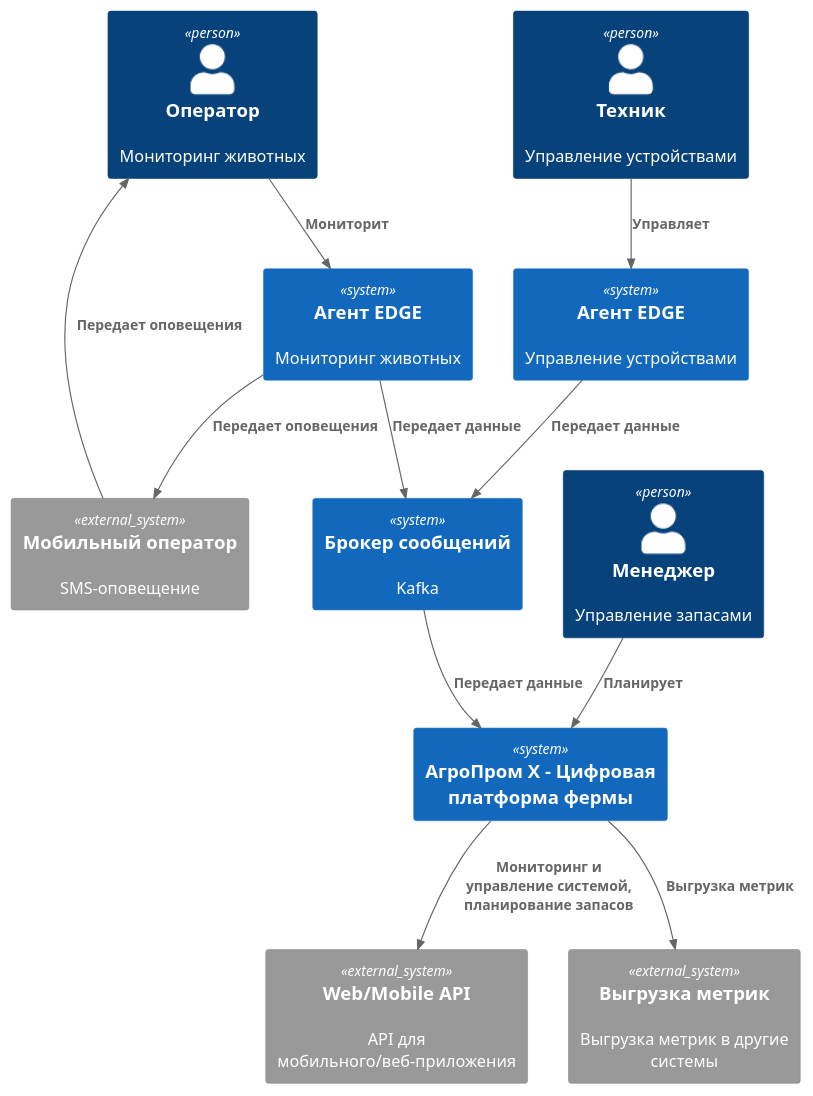
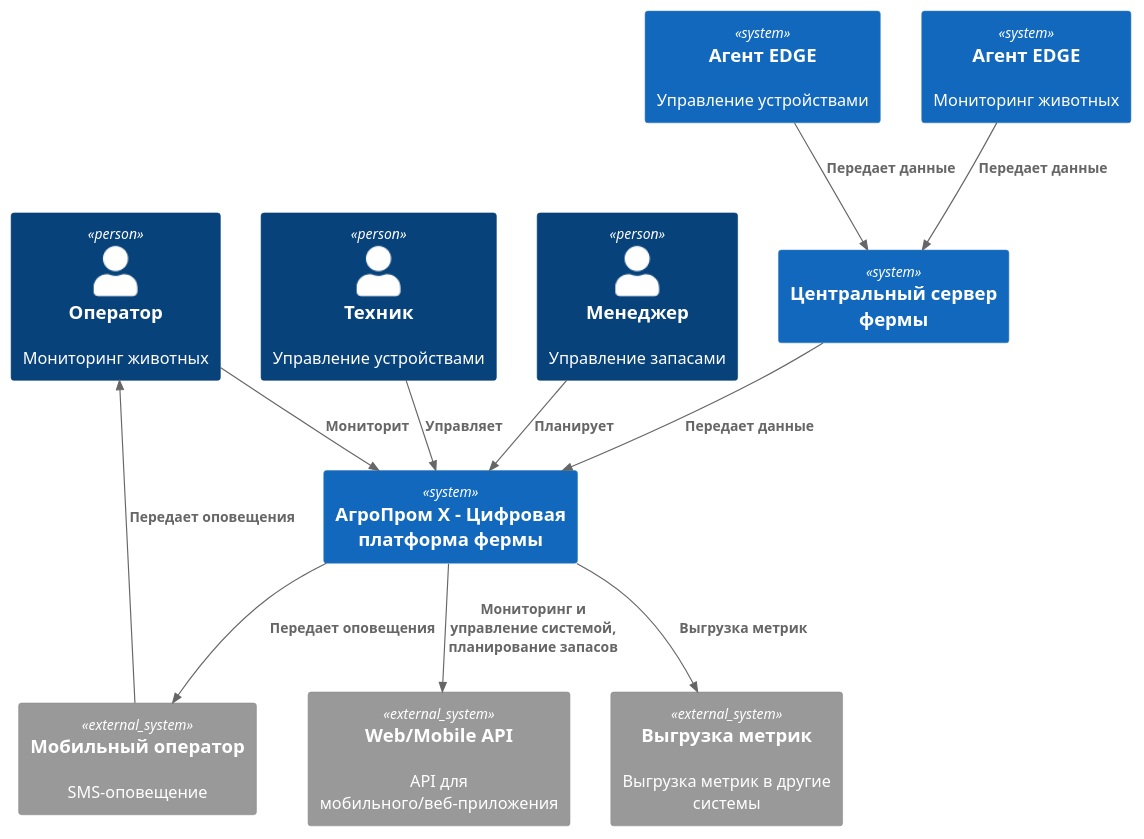
Before and after one commit to sgbhub/MSA-AgroTech: the diagram in Task1/С1_Диаграмма_контеста_v2.puml, drawn with PlantUML. The commit also changed 16 other files, not shown here.

```diff
--- a/Task1/С1_Диаграмма_контеста_v2.puml
+++ b/Task1/С1_Диаграмма_контеста_v2.puml
@@ -1,35 +1,35 @@
-@startuml Архитектура_АгроТех_Фермы_v1.0
+@startuml Архитектура_АгроТех_Фермы_v1.1
 
 !include ../C4/C4_Context.puml
 
 ' === Участники ===
 Person(оператор, "Оператор", "Мониторинг животных")
 Person(техник, "Техник", "Управление устройствами")
 Person(менеджер, "Менеджер", "Управление запасами")
 
 System(устройства, "Агент EDGE", "Управление устройствами")
 System(мониторинг, "Агент EDGE", "Мониторинг животных") 
-System(брокер, "Брокер сообщений", "Kafka") 
+System(сервер, "Центральный сервер фермы") 
 System(платформа, "АгроПром Х - Цифровая платформа фермы") 
 
 System_Ext(опсос, "Мобильный оператор", "SMS-оповещение")
 System_Ext(web_api, "Web/Mobile API", "API для мобильного/веб-приложения")
 System_Ext(data_api, "Выгрузка метрик", "Выгрузка метрик в другие системы")
 
 ' === Взаимосвязи ===
-Rel(оператор, мониторинг, "Мониторит")
-Rel(техник, устройства, "Управляет")
+Rel(оператор, платформа, "Мониторит")
+Rel(техник, платформа, "Управляет")
 Rel(менеджер, платформа, "Планирует")
 
-Rel(устройства, брокер, "Передает данные")
-Rel(мониторинг, брокер, "Передает данные")
+Rel(устройства, сервер, "Передает данные")
+Rel(мониторинг, сервер, "Передает данные")
 
-Rel(мониторинг, опсос, "Передает оповещения")
+Rel(сервер, платформа, "Передает данные")
+
+Rel(платформа, опсос, "Передает оповещения")
 Rel(опсос, оператор, "Передает оповещения")
-
-Rel(брокер, платформа, "Передает данные")
 
 Rel(платформа, web_api, "Мониторинг и управление системой, планирование запасов")
 Rel(платформа,data_api, "Выгрузка метрик")
 
 @enduml
```
